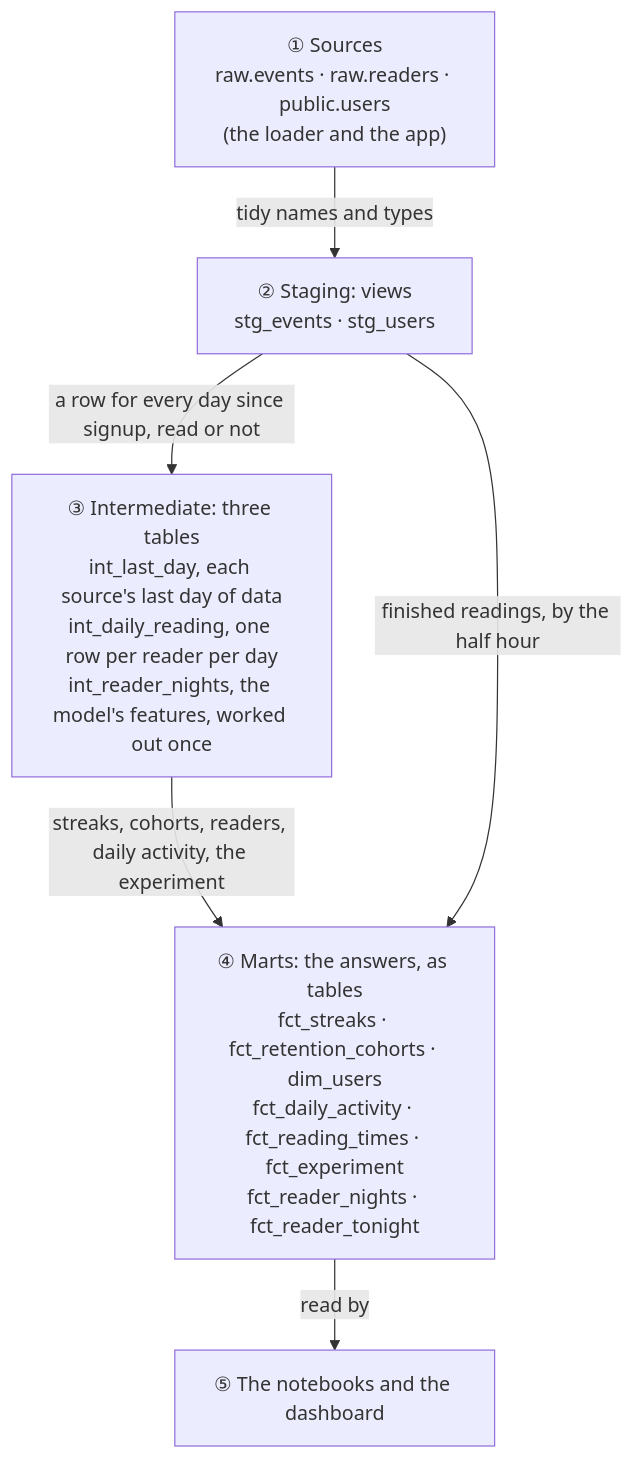
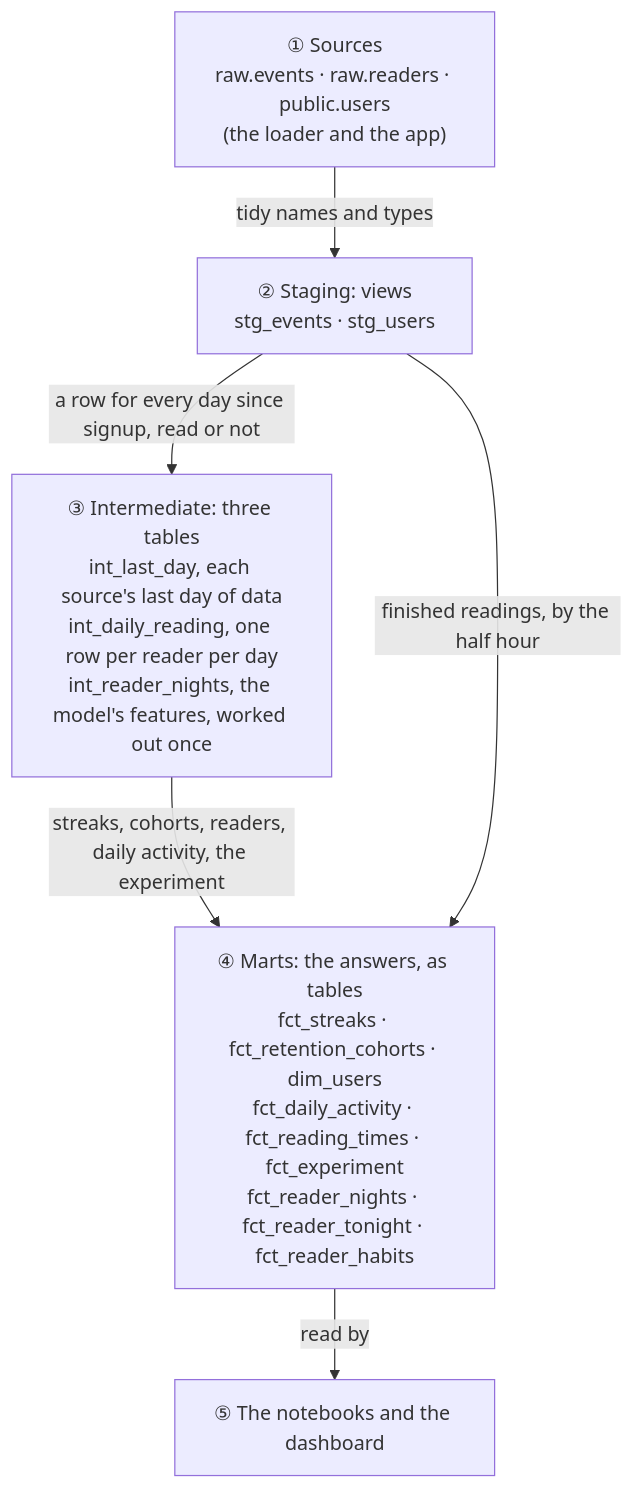
Before and after one commit to OGobidike/Morning-Manna: the diagram in analytics/README.md, drawn with Mermaid. The commit also changed other lines of this file and 16 other files, not shown here.

Commit message:
Find reader personas from habits alone, graded against the answer key (Card 7.6) (#76)

````diff
--- a/analytics/README.md
+++ b/analytics/README.md
@@ -71,13 +71,13 @@
 ```mermaid
 flowchart TD
     S["① Sources<br/>raw.events · raw.readers · public.users<br/>(the loader and the app)"]
     G["② Staging: views<br/>stg_events · stg_users"]
     I["③ Intermediate: three tables<br/>int_last_day, each source's last day of data<br/>int_daily_reading, one row per reader per day<br/>int_reader_nights, the model's features, worked out once"]
-    M["④ Marts: the answers, as tables<br/>fct_streaks · fct_retention_cohorts · dim_users<br/>fct_daily_activity · fct_reading_times · fct_experiment<br/>fct_reader_nights · fct_reader_tonight"]
+    M["④ Marts: the answers, as tables<br/>fct_streaks · fct_retention_cohorts · dim_users<br/>fct_daily_activity · fct_reading_times · fct_experiment<br/>fct_reader_nights · fct_reader_tonight · fct_reader_habits"]
     D["⑤ The notebooks and the dashboard"]
     S -->|tidy names and types| G
     G -->|a row for every day since signup, read or not| I
     I -->|streaks, cohorts, readers, daily activity, the experiment| M
     G -->|finished readings, by the half hour| M
     M -->|read by| D
 ```
````
